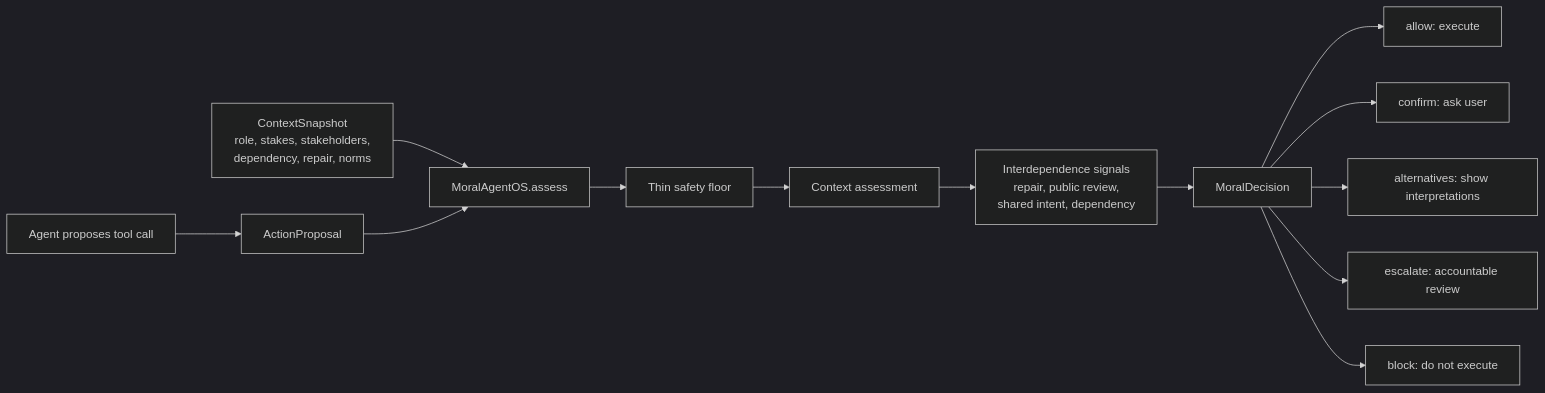
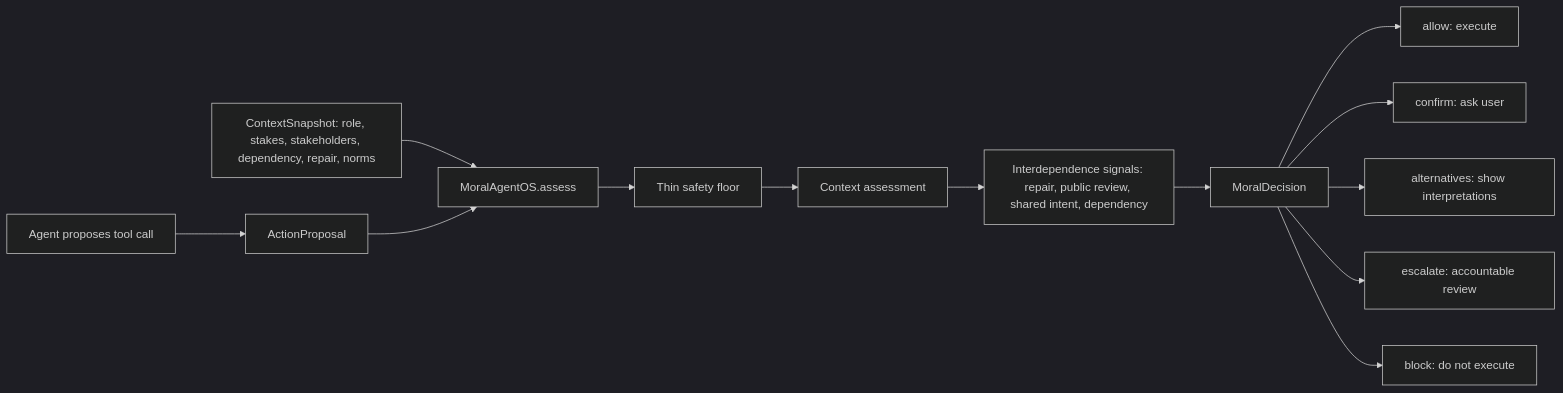
One commit to kalyvask/moral-agent-os changed the diagram in README.md. Above: the diagram before and after it, drawn with Mermaid (dark theme). The commit also changed 1 other file, not shown here.

Commit message:
Fix Mermaid render error: drop <br/> from diagram labels
GitHub's Mermaid renderer fails ("Cannot read properties of undefined (reading 'render')") on
the <br/> HTML line-break tags in node labels. Use single-line labels in the System Shape and
interdependence diagrams so they render.

````diff
--- a/README.md
+++ b/README.md
@@ -110,15 +110,15 @@
 ```mermaid
 flowchart LR
     Agent["Agent proposes tool call"] --> Proposal["ActionProposal"]
-    Context["ContextSnapshot<br/>role, stakes, stakeholders,<br/>dependency, repair, norms"] --> Runtime["MoralAgentOS.assess"]
+    Context["ContextSnapshot: role, stakes, stakeholders, dependency, repair, norms"] --> Runtime["MoralAgentOS.assess"]
     Proposal --> Runtime
     Runtime --> Floor["Thin safety floor"]
     Floor --> Assess["Context assessment"]
-    Assess --> Interdependence["Interdependence signals<br/>repair, public review,<br/>shared intent, dependency"]
+    Assess --> Interdependence["Interdependence signals: repair, public review, shared intent, dependency"]
     Interdependence --> Decision["MoralDecision"]
     Decision --> Allow["allow: execute"]
     Decision --> Confirm["confirm: ask user"]
     Decision --> Alternatives["alternatives: show interpretations"]
     Decision --> Escalate["escalate: accountable review"]
     Decision --> Block["block: do not execute"]
 ```
````
